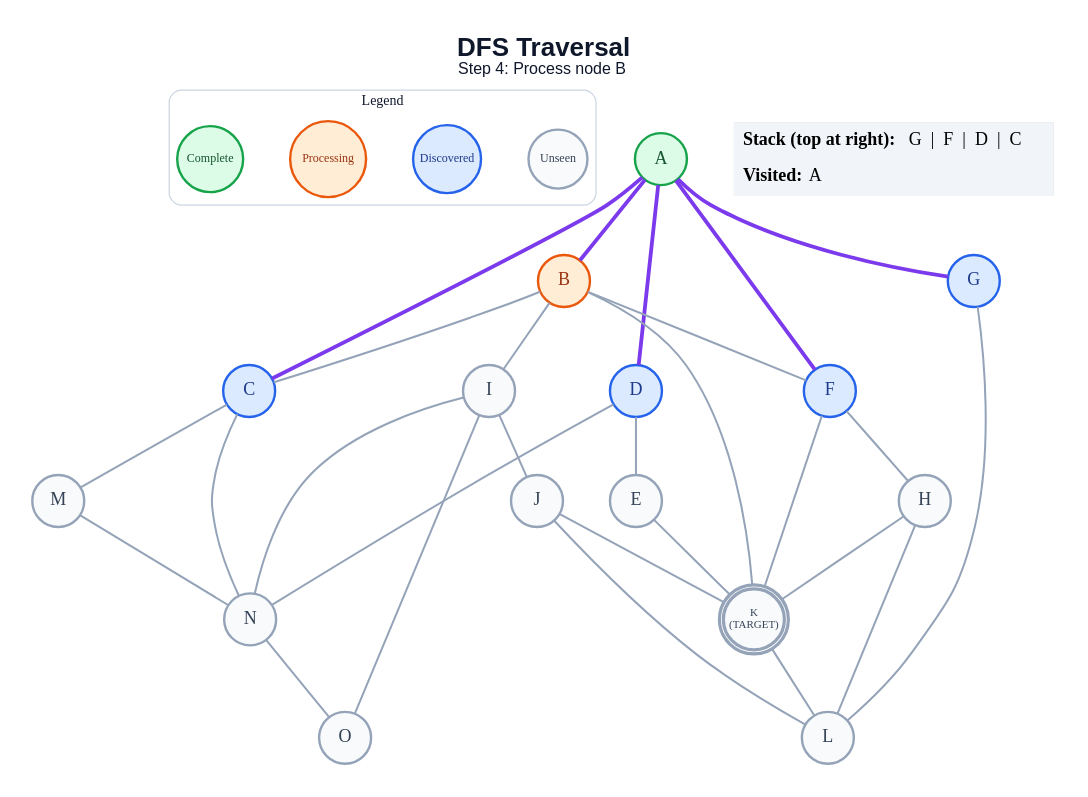
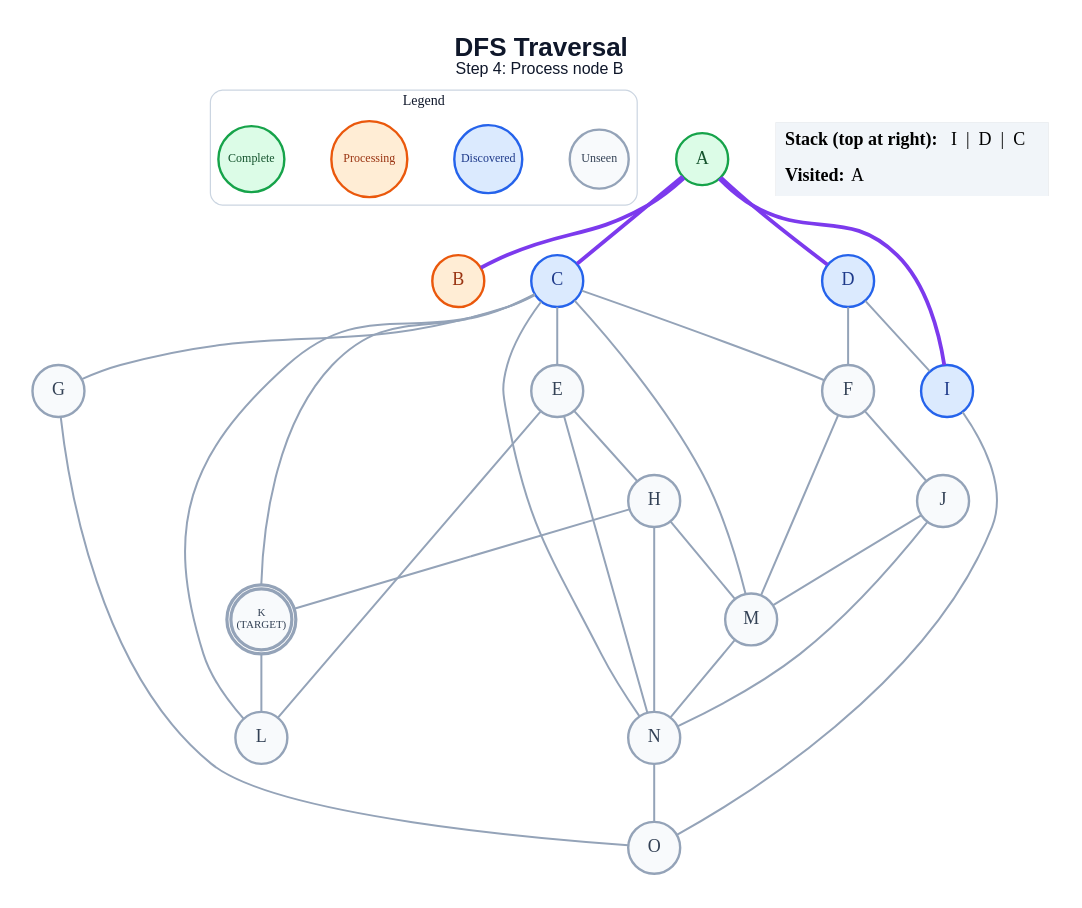
The diagram in generated/specific-node/dfs/step_04.dot (anon7238593-create/ai-slop), drawn with Graphviz before and after one commit. The commit also changed 215 other files, not shown here.

```diff
--- a/generated/specific-node/dfs/step_04.dot
+++ b/generated/specific-node/dfs/step_04.dot
@@ -1,61 +1,62 @@
 graph traversal {
   graph [layout=dot, rankdir=TB, bgcolor="#FFFFFF", pad="0.35", nodesep="0.65", ranksep="0.8", fontname="Arial"];
   node [shape=circle, style="filled", fontname="Arial Bold", fontsize=18, width=0.72, fixedsize=true, penwidth=2.4];
   edge [color="#94A3B8", penwidth=2.0];
   label=<<B>DFS Traversal</B><BR/><FONT POINT-SIZE="16">Step 4: Process node B</FONT>>; labelloc="t"; fontsize=26; fontname="Arial"; fontcolor="#0F172A";
   subgraph cluster_legend { label="Legend"; color="#CBD5E1"; penwidth=1.2; style="rounded"; fontsize=14; fontname="Arial Bold";
     key_unseen [label="Unseen", fillcolor="#F8FAFC", color="#94A3B8", fontcolor="#334155", fontsize=12, width=0.82];
     key_frontier [label="Discovered", fillcolor="#DBEAFE", color="#2563EB", fontcolor="#1E3A8A", fontsize=12, width=0.95];
     key_current [label="Processing", fillcolor="#FFEDD5", color="#EA580C", fontcolor="#9A3412", fontsize=12, width=1.05];
     key_done [label="Complete", fillcolor="#DCFCE7", color="#16A34A", fontcolor="#14532D", fontsize=12, width=0.92];
     { rank=same; key_unseen; key_frontier; key_current; key_done; }
   }
   A [label="A", fillcolor="#DCFCE7", color="#16A34A", fontcolor="#14532D", peripheries=1, penwidth=2.4];
   B [label="B", fillcolor="#FFEDD5", color="#EA580C", fontcolor="#9A3412", peripheries=1, penwidth=2.4];
   C [label="C", fillcolor="#DBEAFE", color="#2563EB", fontcolor="#1E3A8A", peripheries=1, penwidth=2.4];
   D [label="D", fillcolor="#DBEAFE", color="#2563EB", fontcolor="#1E3A8A", peripheries=1, penwidth=2.4];
   E [label="E", fillcolor="#F8FAFC", color="#94A3B8", fontcolor="#334155", peripheries=1, penwidth=2.4];
-  F [label="F", fillcolor="#DBEAFE", color="#2563EB", fontcolor="#1E3A8A", peripheries=1, penwidth=2.4];
-  G [label="G", fillcolor="#DBEAFE", color="#2563EB", fontcolor="#1E3A8A", peripheries=1, penwidth=2.4];
+  F [label="F", fillcolor="#F8FAFC", color="#94A3B8", fontcolor="#334155", peripheries=1, penwidth=2.4];
+  G [label="G", fillcolor="#F8FAFC", color="#94A3B8", fontcolor="#334155", peripheries=1, penwidth=2.4];
   H [label="H", fillcolor="#F8FAFC", color="#94A3B8", fontcolor="#334155", peripheries=1, penwidth=2.4];
-  I [label="I", fillcolor="#F8FAFC", color="#94A3B8", fontcolor="#334155", peripheries=1, penwidth=2.4];
+  I [label="I", fillcolor="#DBEAFE", color="#2563EB", fontcolor="#1E3A8A", peripheries=1, penwidth=2.4];
   J [label="J", fillcolor="#F8FAFC", color="#94A3B8", fontcolor="#334155", peripheries=1, penwidth=2.4];
   K [label="K\n(TARGET)", fillcolor="#F8FAFC", color="#94A3B8", fontcolor="#334155", peripheries=2, penwidth=3.2, fontsize=11, width=0.85, height=0.85];
   L [label="L", fillcolor="#F8FAFC", color="#94A3B8", fontcolor="#334155", peripheries=1, penwidth=2.4];
   M [label="M", fillcolor="#F8FAFC", color="#94A3B8", fontcolor="#334155", peripheries=1, penwidth=2.4];
   N [label="N", fillcolor="#F8FAFC", color="#94A3B8", fontcolor="#334155", peripheries=1, penwidth=2.4];
   O [label="O", fillcolor="#F8FAFC", color="#94A3B8", fontcolor="#334155", peripheries=1, penwidth=2.4];
   A -- B [color="#7C3AED", penwidth=3.8];
   A -- C [color="#7C3AED", penwidth=3.8];
   A -- D [color="#7C3AED", penwidth=3.8];
-  A -- F [color="#7C3AED", penwidth=3.8];
-  A -- G [color="#7C3AED", penwidth=3.8];
-  B -- C;
-  B -- F;
-  B -- I;
-  B -- K;
+  A -- I [color="#7C3AED", penwidth=3.8];
+  C -- E;
+  C -- F;
+  C -- G;
+  C -- K;
+  C -- L;
   C -- M;
   C -- N;
-  D -- E;
-  D -- N;
-  E -- K;
-  F -- H;
-  F -- K;
-  G -- L;
+  D -- F;
+  D -- I;
+  E -- H;
+  E -- L;
+  E -- N;
+  F -- J;
+  F -- M;
+  G -- O;
   H -- K;
-  H -- L;
-  I -- J;
-  I -- N;
+  H -- M;
+  H -- N;
   I -- O;
-  J -- K;
-  J -- L;
+  J -- M;
+  J -- N;
   K -- L;
   M -- N;
   N -- O;
   status [shape=plain, fixedsize=false, width=0, height=0, margin=0, label=<
     <TABLE BORDER="0" CELLBORDER="0" CELLPADDING="7" BGCOLOR="#F1F5F9">
-      <TR><TD ALIGN="LEFT"><B>Stack (top at right):</B> G  |  F  |  D  |  C</TD></TR>
+      <TR><TD ALIGN="LEFT"><B>Stack (top at right):</B> I  |  D  |  C</TD></TR>
       <TR><TD ALIGN="LEFT"><B>Visited:</B> A</TD></TR>
     </TABLE>
   >];
 }
```
